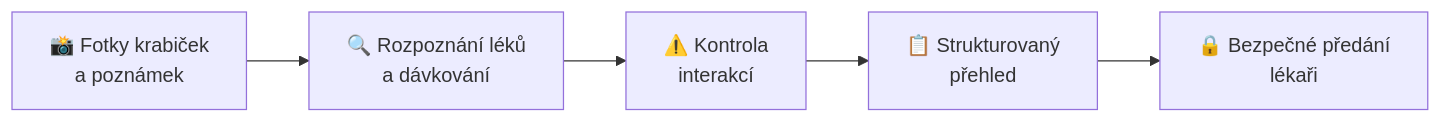
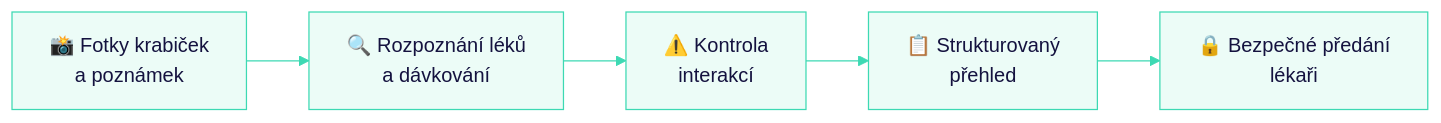
The diagram in profile/README.md (modulbit-rakathon/.github), drawn with Mermaid before and after one commit. The commit also changed other lines of this file and 4 other files, not shown here.

````diff
--- a/profile/README.md
+++ b/profile/README.md
@@ -29,7 +30,8 @@
 ```mermaid
+%%{init: {'theme': 'base', 'themeVariables': {'fontFamily': 'Plus Jakarta Sans, sans-serif', 'primaryColor': '#ECFCF7', 'primaryTextColor': '#14123F', 'primaryBorderColor': '#3DD9B3', 'lineColor': '#3DD9B3'}}}%%
 flowchart LR
     A[📸 Fotky krabiček<br/>a poznámek] --> B[🔍 Rozpoznání léků<br/>a dávkování]
     B --> C[⚠️ Kontrola<br/>interakcí]
     C --> D[📋 Strukturovaný<br/>přehled]
     D --> E[🔒 Bezpečné předání<br/>lékaři]
 ```
````
